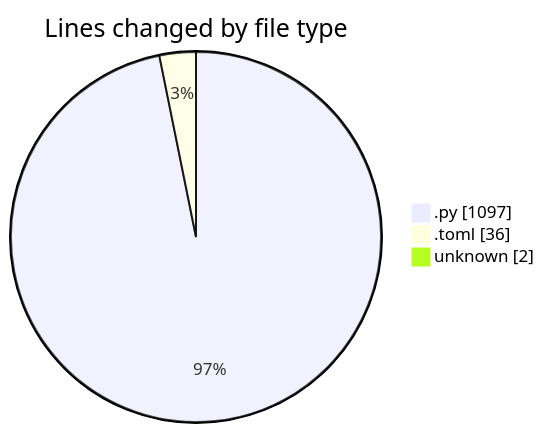
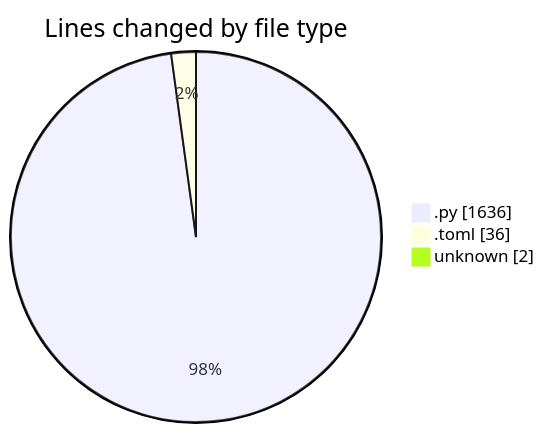
The first of 2 diagrams in 2025-11-20/eventscop-api-guide__workspace_/README.md (julien-gomy/code-tracking), drawn with Mermaid before and after one commit. The commit also changed other lines of this file and 1 other file, not shown here.

````diff
--- a/2025-11-20/eventscop-api-guide__workspace_/README.md
+++ b/2025-11-20/eventscop-api-guide__workspace_/README.md
@@ -28,7 +29,7 @@
 ```mermaid
 pie showData
 title Lines changed by file type
-".py" : 1097
+".py" : 1636
 ".toml" : 36
 "unknown" : 2
 ```
````
